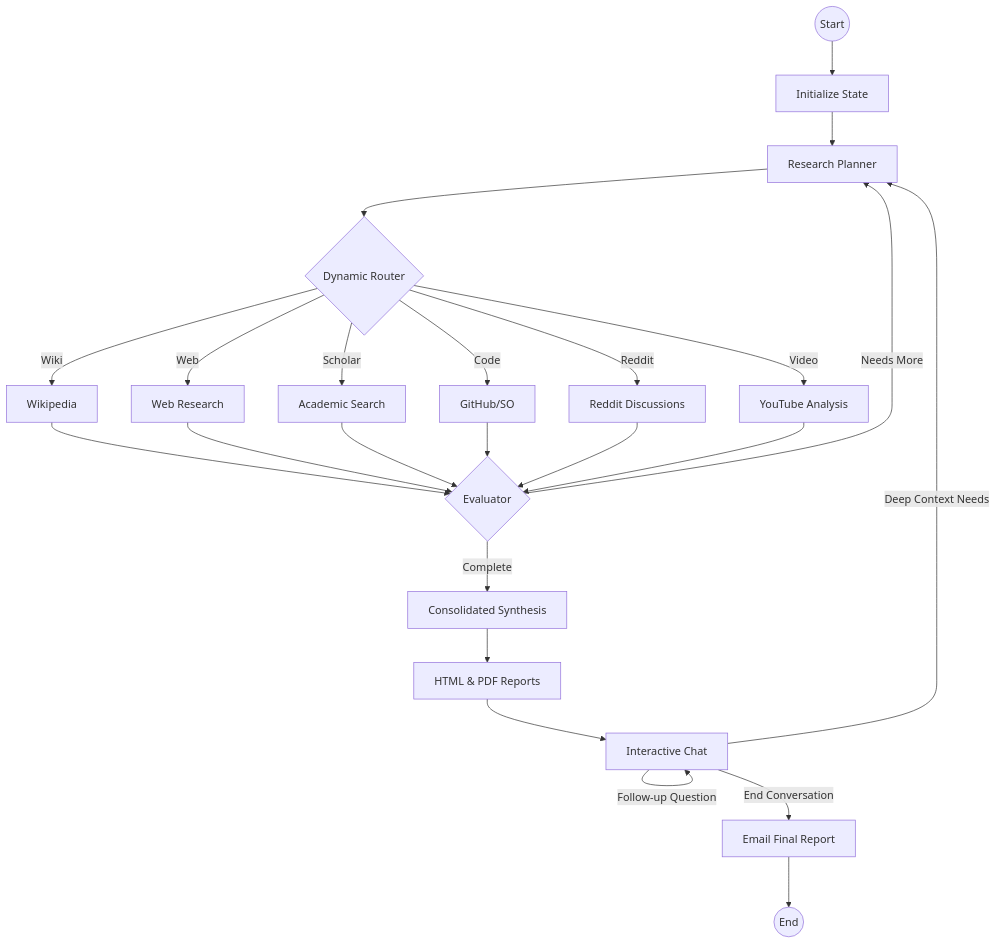
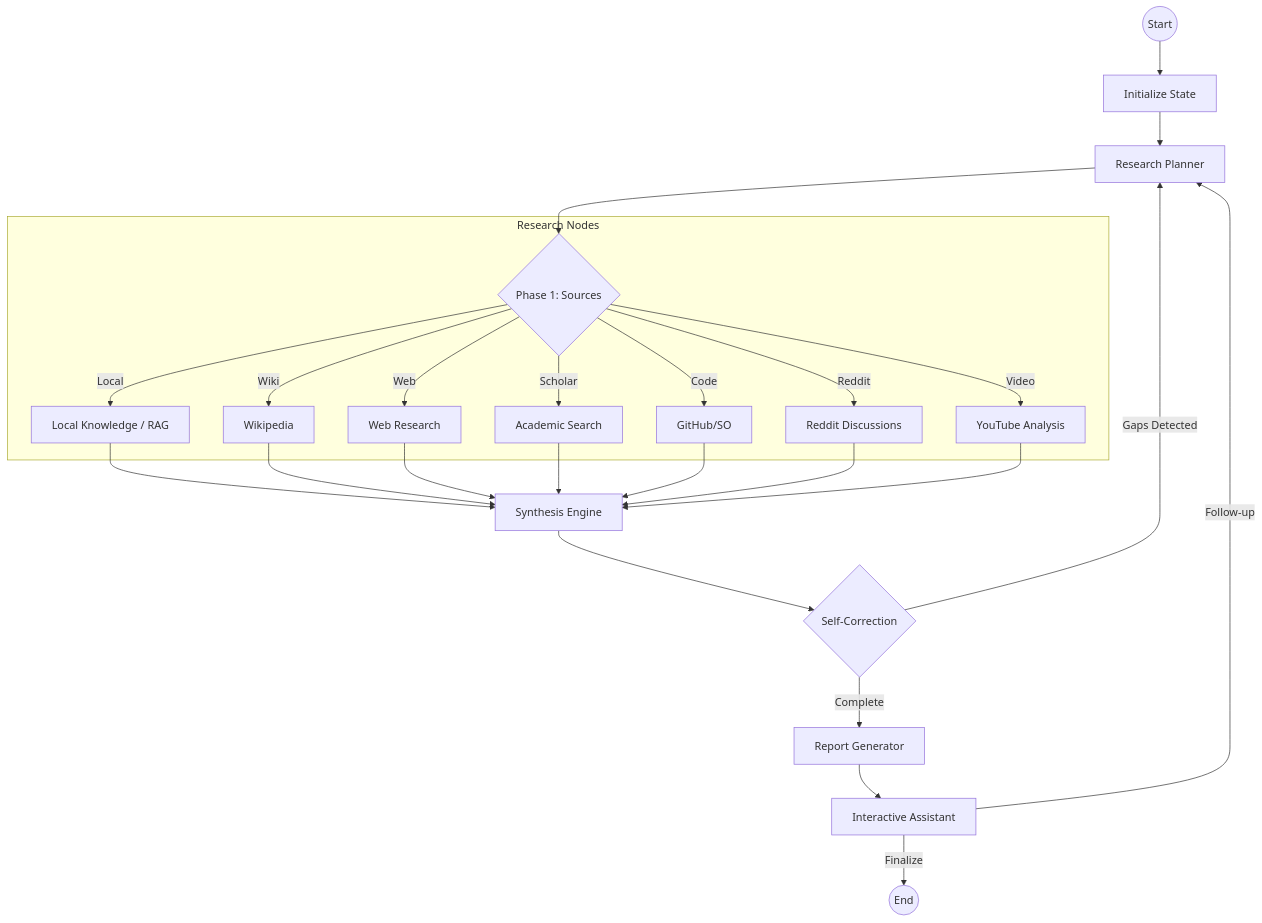
Before and after one commit to RobertoDeLaCamara/Research-Agent: the diagram in README.md, drawn with Mermaid. The commit also changed other lines of this file and 17 other files, not shown here.

First line of the commit message:
feat: implement advanced research personas and local RAG integration

````diff
--- a/README.md
+++ b/README.md
@@ -26,24 +49,26 @@
 ```mermaid
 graph TD
     Start((Start)) --> Init[Initialize State]
     Init --> Plan[Research Planner]
-    Plan --> Router{Dynamic Router}
+    Plan --> Router{Phase 1: Sources}
     
-    Router -->|Wiki| Wiki[Wikipedia]
-    Router -->|Web| Web[Web Research]
-    Router -->|Scholar| Scholar[Academic Search]
-    Router -->|Code| Code[GitHub/SO]
-    Router -->|Reddit| Reddit[Reddit Discussions]
-    Router -->|Video| Video[YouTube Analysis]
+    subgraph Research Nodes
+        Router -->|Local| RAG[Local Knowledge / RAG]
+        Router -->|Wiki| Wiki[Wikipedia]
+        Router -->|Web| Web[Web Research]
+        Router -->|Scholar| Scholar[Academic Search]
+        Router -->|Code| Code[GitHub/SO]
+        Router -->|Reddit| Reddit[Reddit Discussions]
+        Router -->|Video| Video[YouTube Analysis]
+    end
     
-    Wiki & Web & Scholar & Code & Reddit & Video --> Eval{Evaluator}
-    Eval -->|Needs More| Plan
-    Eval -->|Complete| Synthesis[Consolidated Synthesis]
+    RAG & Wiki & Web & Scholar & Code & Reddit & Video --> Sync[Synthesis Engine]
+    Sync --> Eval{Self-Correction}
     
-    Synthesis --> Reports[HTML & PDF Reports]
-    Reports --> Chat[Interactive Chat]
-    Chat -->|Follow-up Question| Chat
-    Chat -->|Deep Context Needs| Plan
-    Chat -->|End Conversation| Email[Email Final Report]
-    Email --> End((End))
+    Eval -->|Gaps Detected| Plan
+    Eval -->|Complete| Report[Report Generator]
+    
+    Report --> Chat[Interactive Assistant]
+    Chat -->|Follow-up| Plan
+    Chat -->|Finalize| End((End))
 ```
````
